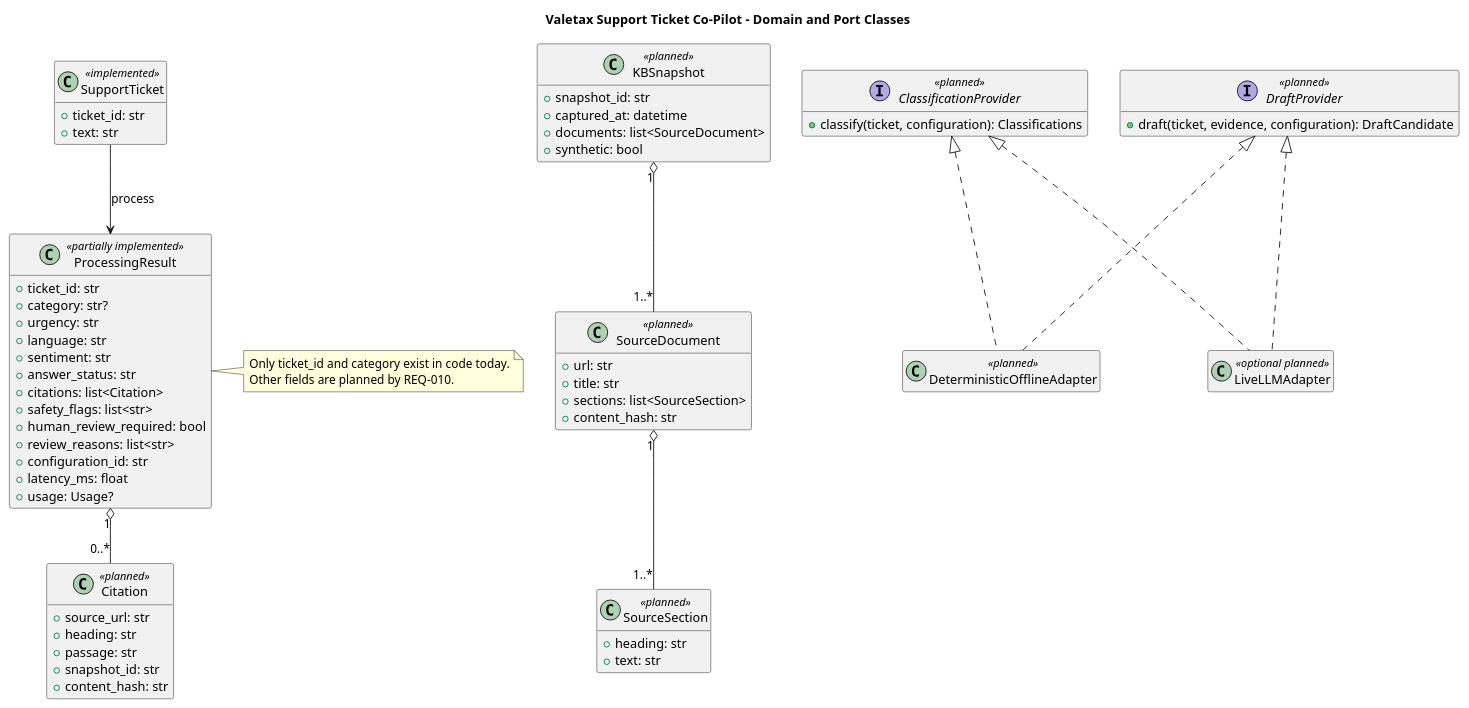
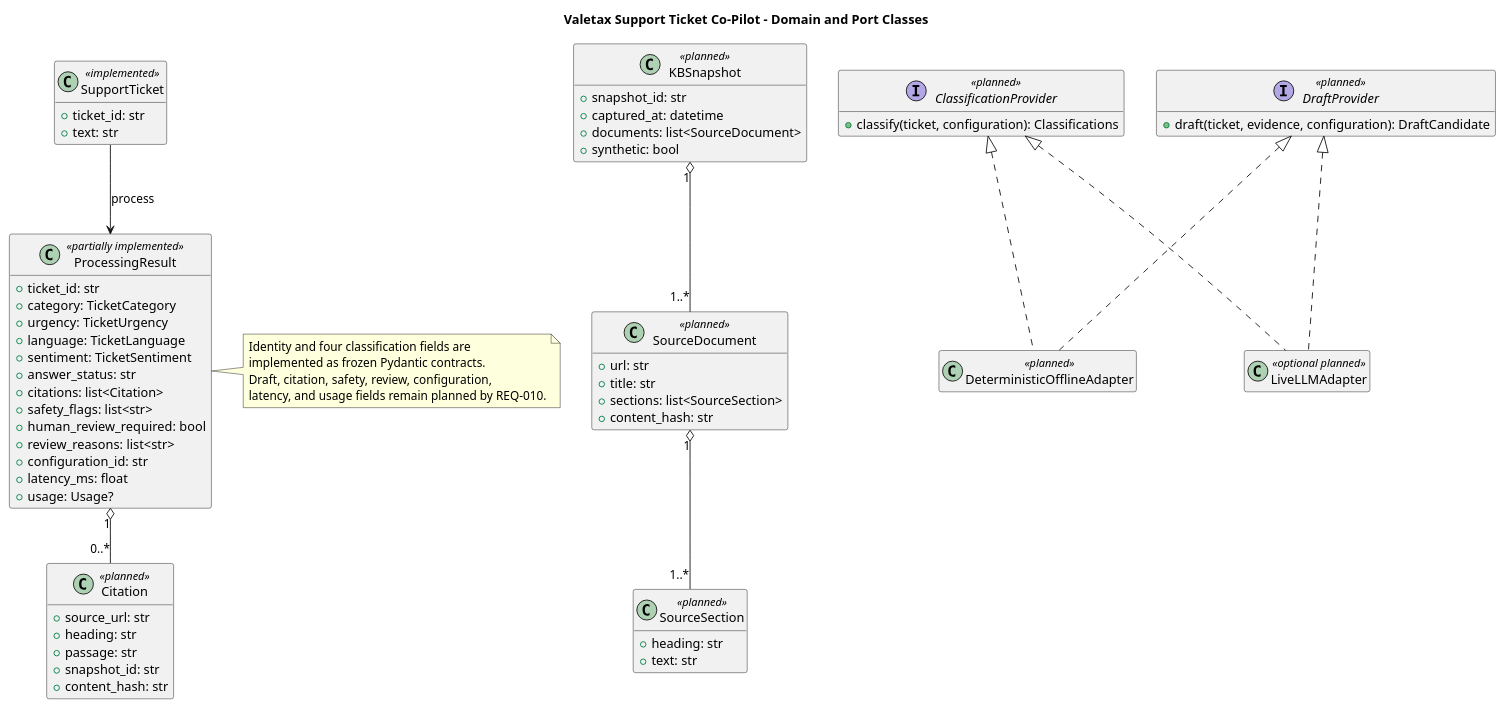
One commit to stoarch/testA2 changed the diagram in doc/uml/domain-class.puml. Above: the diagram before and after it, drawn with PlantUML. The commit also changed 24 other files, not shown here.

Commit message:
feat: Enhance ticket classification to include urgency, language, and sentiment; implement CLI for agent review

```diff
--- a/doc/uml/domain-class.puml
+++ b/doc/uml/domain-class.puml
@@ -1,77 +1,79 @@
 @startuml
 title Valetax Support Ticket Co-Pilot - Domain and Port Classes
 hide empty members
 
 class SupportTicket <<implemented>> {
   +ticket_id: str
   +text: str
 }
 
 class ProcessingResult <<partially implemented>> {
   +ticket_id: str
-  +category: str?
-  +urgency: str
-  +language: str
-  +sentiment: str
+  +category: TicketCategory
+  +urgency: TicketUrgency
+  +language: TicketLanguage
+  +sentiment: TicketSentiment
   +answer_status: str
   +citations: list<Citation>
   +safety_flags: list<str>
   +human_review_required: bool
   +review_reasons: list<str>
   +configuration_id: str
   +latency_ms: float
   +usage: Usage?
 }
 
 class Citation <<planned>> {
   +source_url: str
   +heading: str
   +passage: str
   +snapshot_id: str
   +content_hash: str
 }
 
 class KBSnapshot <<planned>> {
   +snapshot_id: str
   +captured_at: datetime
   +documents: list<SourceDocument>
   +synthetic: bool
 }
 
 class SourceDocument <<planned>> {
   +url: str
   +title: str
   +sections: list<SourceSection>
   +content_hash: str
 }
 
 class SourceSection <<planned>> {
   +heading: str
   +text: str
 }
 
 interface ClassificationProvider <<planned>> {
   +classify(ticket, configuration): Classifications
 }
 
 interface DraftProvider <<planned>> {
   +draft(ticket, evidence, configuration): DraftCandidate
 }
 
 class DeterministicOfflineAdapter <<planned>>
 class LiveLLMAdapter <<optional planned>>
 
 ProcessingResult "1" o-- "0..*" Citation
 KBSnapshot "1" o-- "1..*" SourceDocument
 SourceDocument "1" o-- "1..*" SourceSection
 ClassificationProvider <|.. DeterministicOfflineAdapter
 DraftProvider <|.. DeterministicOfflineAdapter
 ClassificationProvider <|.. LiveLLMAdapter
 DraftProvider <|.. LiveLLMAdapter
 SupportTicket --> ProcessingResult : process
 
 note right of ProcessingResult
-Only ticket_id and category exist in code today.
-Other fields are planned by REQ-010.
+Identity and four classification fields are
+implemented as frozen Pydantic contracts.
+Draft, citation, safety, review, configuration,
+latency, and usage fields remain planned by REQ-010.
 end note
 @enduml
```
